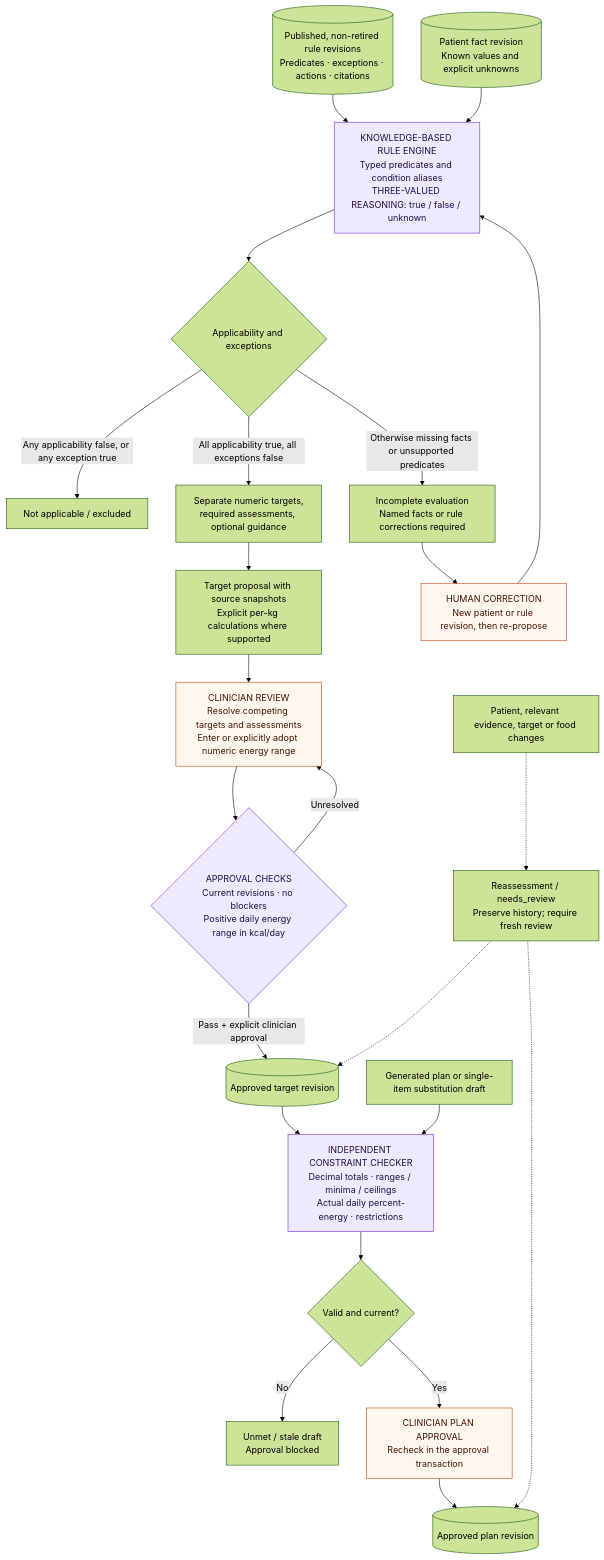
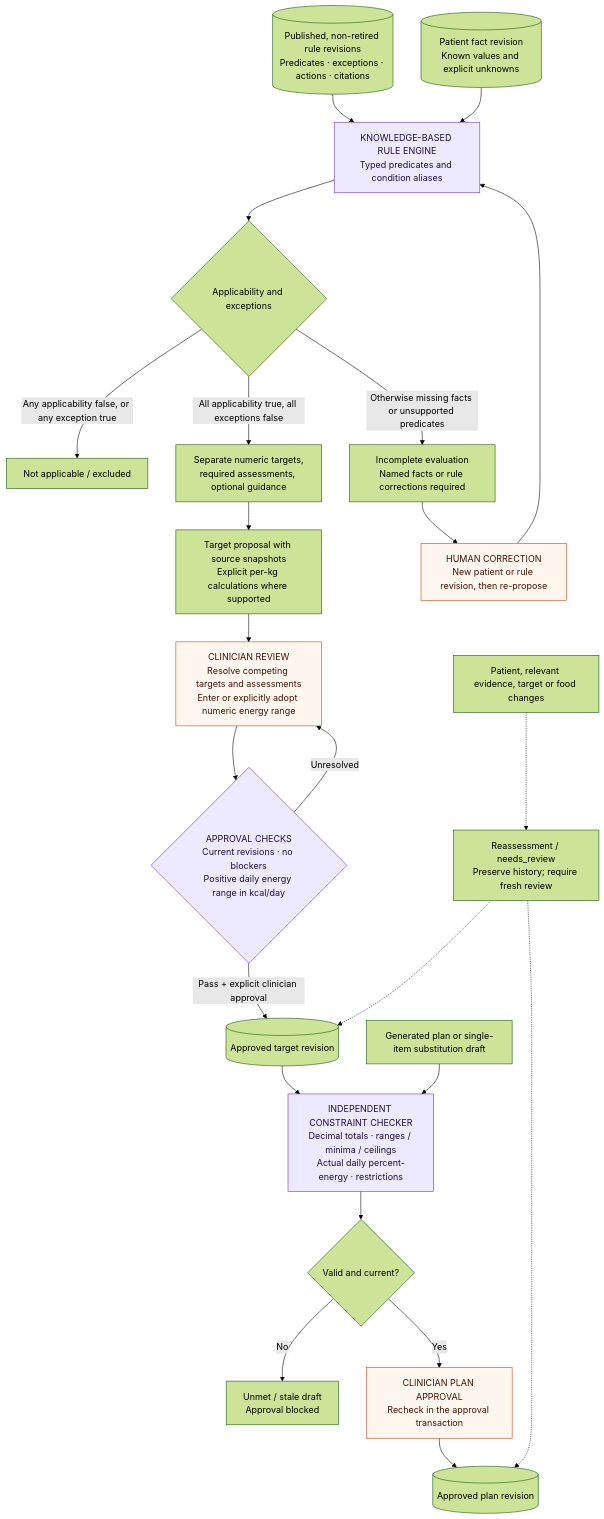
One commit to nghiant03/CareLoop changed the second of 6 diagrams in docs/ARCHITECTURE.md. Above: the diagram before and after it, drawn with Mermaid (forest theme). The commit also changed other lines of this file, not shown here.

````diff
--- a/docs/ARCHITECTURE.md
+++ b/docs/ARCHITECTURE.md
@@ -75,32 +75,32 @@
 ```mermaid
 flowchart TB
     rules[("Published, non-retired rule revisions<br/>Predicates · exceptions · actions · citations")]
     facts[("Patient fact revision<br/>Known values and explicit unknowns")]
-    evaluate["KNOWLEDGE-BASED RULE ENGINE<br/>Typed predicates and condition aliases<br/>THREE-VALUED REASONING: true / false / unknown"]
+    evaluate["KNOWLEDGE-BASED RULE ENGINE<br/>Typed predicates and condition aliases<br/>"]
     rules --> evaluate
     facts --> evaluate
     evaluate --> result{"Applicability and exceptions"}
     result -->|"Any applicability false, or any exception true"| exclude["Not applicable / excluded"]
     result -->|"Otherwise missing facts or unsupported predicates"| incomplete["Incomplete evaluation<br/>Named facts or rule corrections required"]
     result -->|"All applicability true, all exceptions false"| classify["Separate numeric targets,<br/>required assessments, optional guidance"]
     classify --> proposal["Target proposal with source snapshots<br/>Explicit per-kg calculations where supported"]
     proposal --> clinician["CLINICIAN REVIEW<br/>Resolve competing targets and assessments<br/>Enter or explicitly adopt numeric energy range"]
     incomplete --> correct["HUMAN CORRECTION<br/>New patient or rule revision, then re-propose"]
     correct --> evaluate
     clinician --> gate{"APPROVAL CHECKS<br/>Current revisions · no blockers<br/>Positive daily energy range in kcal/day"}
     gate -->|"Unresolved"| clinician
     gate -->|"Pass + explicit clinician approval"| approved[("Approved target revision")]
     approved --> checker["INDEPENDENT CONSTRAINT CHECKER<br/>Decimal totals · ranges / minima / ceilings<br/>Actual daily percent-energy · restrictions"]
     draft["Generated plan or single-item substitution draft"] --> checker
     checker --> verdict{"Valid and current?"}
     verdict -->|"No"| unmet["Unmet / stale draft<br/>Approval blocked"]
     verdict -->|"Yes"| planreview["CLINICIAN PLAN APPROVAL<br/>Recheck in the approval transaction"]
     planreview --> plan[("Approved plan revision")]
     changes["Patient, relevant evidence, target or food changes"] -.-> reassess["Reassessment / needs_review<br/>Preserve history; require fresh review"]
     reassess -.-> approved
     reassess -.-> plan
     classDef technique fill:#ede9fe,stroke:#6d28d9,color:#211044;
     classDef human fill:#fff7ed,stroke:#c2410c,color:#431407;
     class evaluate,checker,gate technique;
     class clinician,correct,planreview human;
 ```
````
